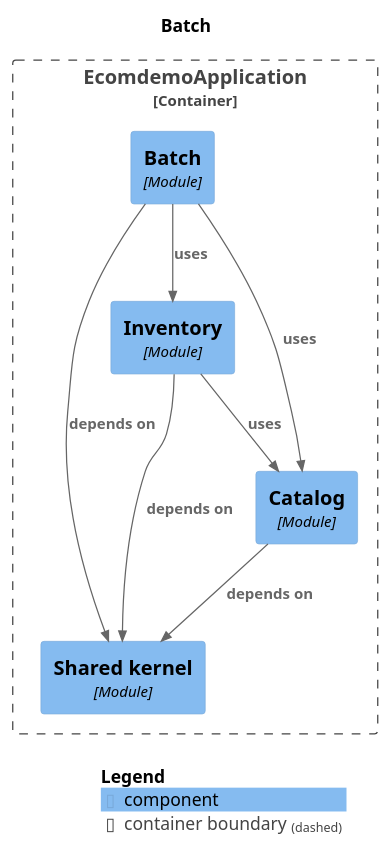
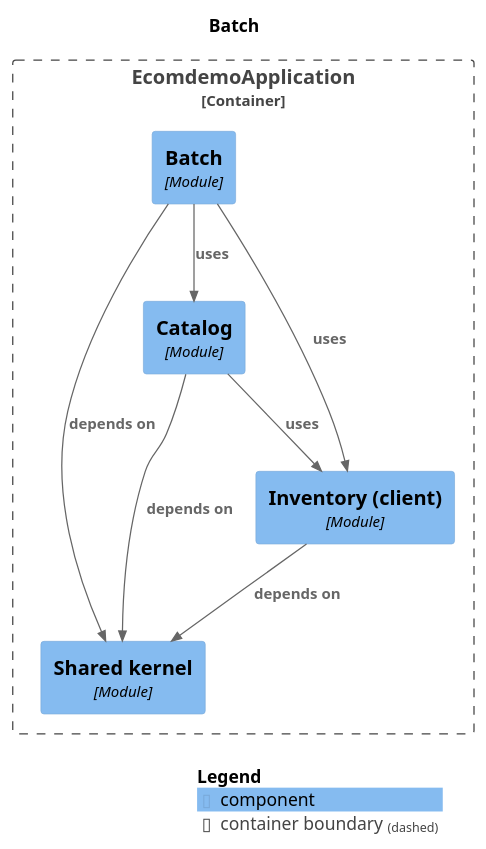
Before and after one commit to mr-sujay-patil/ecomdemo: the diagram in docs/modules/module-batch.puml, drawn with PlantUML. The commit also changed 19 other files, not shown here.

```diff
--- a/docs/modules/module-batch.puml
+++ b/docs/modules/module-batch.puml
@@ -1,26 +1,26 @@
 @startuml
 set separator none
 title Batch
 
 top to bottom direction
 
 !include <C4/C4>
 !include <C4/C4_Context>
 !include <C4/C4_Component>
 
 Container_Boundary("EcomdemoApplication.EcomdemoApplication_boundary", "EcomdemoApplication", $tags="") {
-  Component(EcomdemoApplication.EcomdemoApplication.Inventory, "Inventory", $techn="Module", $descr="", $tags="", $link="")
+  Component(EcomdemoApplication.EcomdemoApplication.Catalog, "Catalog", $techn="Module", $descr="", $tags="", $link="")
   Component(EcomdemoApplication.EcomdemoApplication.Batch, "Batch", $techn="Module", $descr="", $tags="", $link="")
   Component(EcomdemoApplication.EcomdemoApplication.Sharedkernel, "Shared kernel", $techn="Module", $descr="", $tags="", $link="")
-  Component(EcomdemoApplication.EcomdemoApplication.Catalog, "Catalog", $techn="Module", $descr="", $tags="", $link="")
+  Component(EcomdemoApplication.EcomdemoApplication.Inventoryclient, "Inventory (client)", $techn="Module", $descr="", $tags="", $link="")
 }
 
 Rel(EcomdemoApplication.EcomdemoApplication.Batch, EcomdemoApplication.EcomdemoApplication.Catalog, "uses", $techn="", $tags="", $link="")
-Rel(EcomdemoApplication.EcomdemoApplication.Batch, EcomdemoApplication.EcomdemoApplication.Inventory, "uses", $techn="", $tags="", $link="")
+Rel(EcomdemoApplication.EcomdemoApplication.Batch, EcomdemoApplication.EcomdemoApplication.Inventoryclient, "uses", $techn="", $tags="", $link="")
 Rel(EcomdemoApplication.EcomdemoApplication.Batch, EcomdemoApplication.EcomdemoApplication.Sharedkernel, "depends on", $techn="", $tags="", $link="")
+Rel(EcomdemoApplication.EcomdemoApplication.Catalog, EcomdemoApplication.EcomdemoApplication.Inventoryclient, "uses", $techn="", $tags="", $link="")
 Rel(EcomdemoApplication.EcomdemoApplication.Catalog, EcomdemoApplication.EcomdemoApplication.Sharedkernel, "depends on", $techn="", $tags="", $link="")
-Rel(EcomdemoApplication.EcomdemoApplication.Inventory, EcomdemoApplication.EcomdemoApplication.Catalog, "uses", $techn="", $tags="", $link="")
-Rel(EcomdemoApplication.EcomdemoApplication.Inventory, EcomdemoApplication.EcomdemoApplication.Sharedkernel, "depends on", $techn="", $tags="", $link="")
+Rel(EcomdemoApplication.EcomdemoApplication.Inventoryclient, EcomdemoApplication.EcomdemoApplication.Sharedkernel, "depends on", $techn="", $tags="", $link="")
 
 SHOW_LEGEND(true)
 @enduml
```
